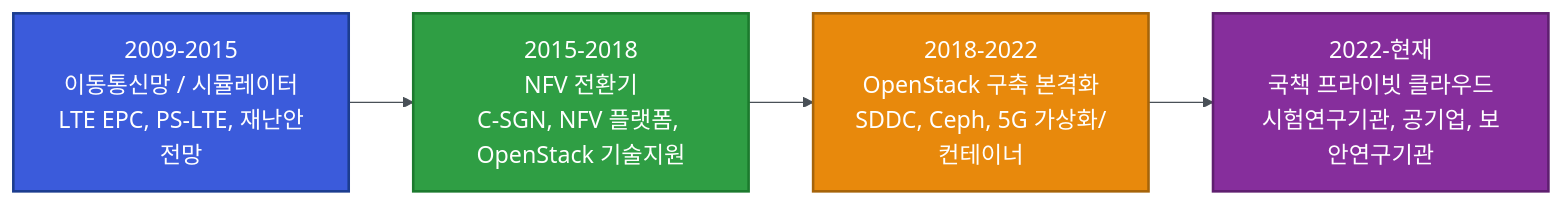
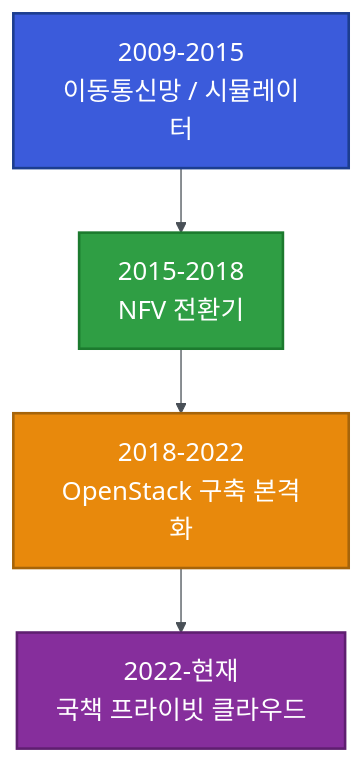
Before and after one commit to hkjeon/pf-mkdocs: the diagram in docs/about/career.md, drawn with Mermaid.

Commit message:
redesign: TD 방향 흐름도 + 박스 텍스트 간소int  및 폰트 설정

````diff
--- a/docs/about/career.md
+++ b/docs/about/career.md
@@ -7,23 +7,19 @@
 ```mermaid
-%%{init: {'theme':'base', 'themeVariables': {'fontSize':'18px','primaryColor':'#3b5bdb','primaryTextColor':'#ffffff','primaryBorderColor':'#1c3d8f','lineColor':'#495057'}}}%%
-flowchart LR
+%%{init: {'theme':'base', 'themeVariables': {'fontSize':'20px','fontFamily':'\"Malgun Gothic\", \"Apple SD Gothic Neo\", sans-serif','primaryColor':'#3b5bdb','primaryTextColor':'#ffffff','primaryBorderColor':'#1c3d8f','lineColor':'#495057'}}}%%
+flowchart TD
     A["2009-2015
-이동통신망 / 시뮬레이터
-LTE EPC, PS-LTE, 재난안전망"]
+이동통신망 / 시뮬레이터"]
     B["2015-2018
-NFV 전환기
-C-SGN, NFV 플랫폼, OpenStack 기술지원"]
+NFV 전환기"]
     C["2018-2022
-OpenStack 구축 본격화
-SDDC, Ceph, 5G 가상화/컨테이너"]
+OpenStack 구축 본격화"]
     D["2022-현재
-국책 프라이빗 클라우드
-시험연구기관, 공기업, 보안연구기관"]
+국책 프라이빗 클라우드"]
 
     A --> B --> C --> D
 
     style A fill:#3b5bdb,color:#ffffff,stroke:#1c3d8f,stroke-width:2px
     style B fill:#2f9e44,color:#ffffff,stroke:#1c7a2e,stroke-width:2px
     style C fill:#e8890c,color:#ffffff,stroke:#a6640a,stroke-width:2px
     style D fill:#862e9c,color:#ffffff,stroke:#5f1f70,stroke-width:2px
 ```
````
